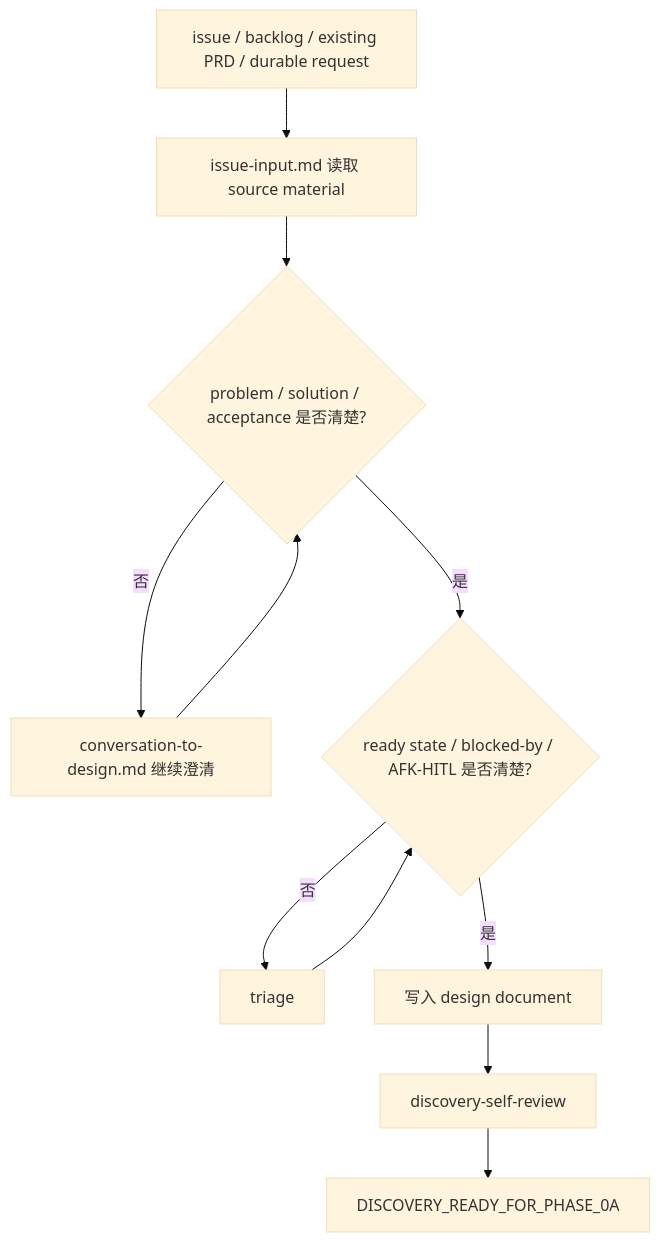
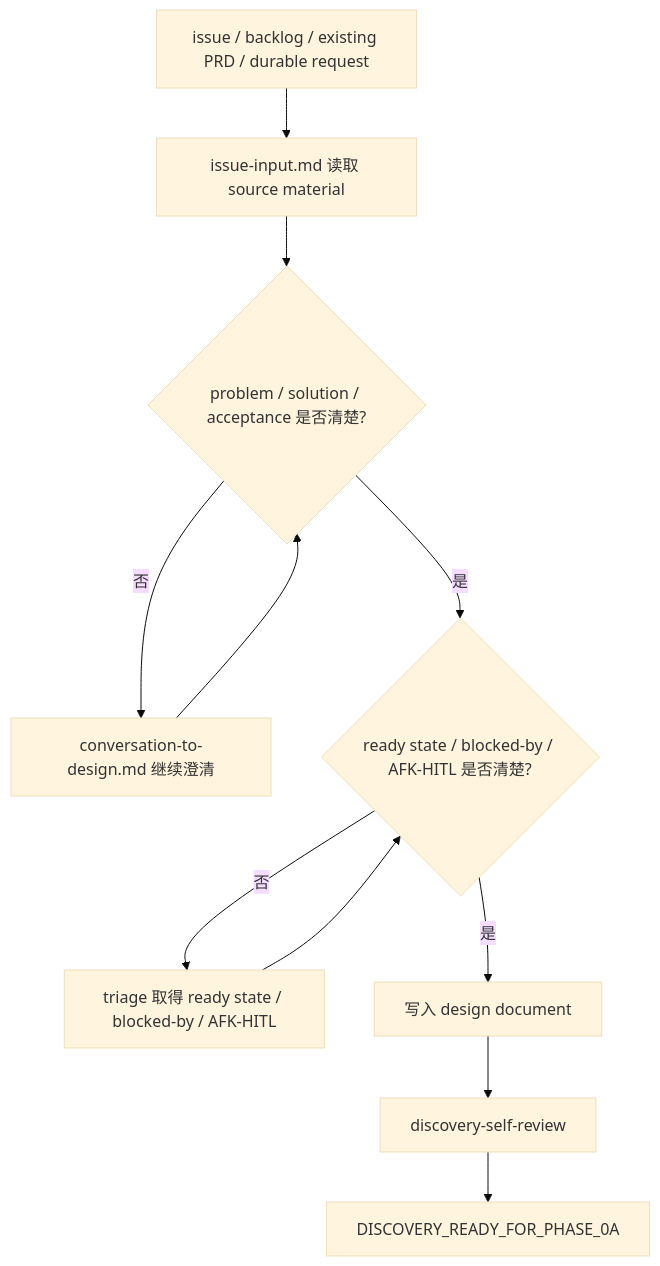
Before and after one commit to chancheuklap/multi-model-workflow: the diagram in .agents/skills/orchestrate-discovery/references/issue-input.md, drawn with Mermaid (base theme). The commit also changed 6 other files, not shown here.

````diff
--- a/.agents/skills/orchestrate-discovery/references/issue-input.md
+++ b/.agents/skills/orchestrate-discovery/references/issue-input.md
@@ -27,13 +27,13 @@
 ```mermaid
 flowchart TD
     A["issue / backlog / existing PRD / durable request"] --> B["issue-input.md 读取 source material"]
     B --> C{"problem / solution / acceptance 是否清楚?"}
     C -->|否| D["conversation-to-design.md 继续澄清"]
     D --> C
     C -->|是| E{"ready state / blocked-by / AFK-HITL 是否清楚?"}
-    E -->|否| F["triage"]
+    E -->|否| F["triage 取得 ready state / blocked-by / AFK-HITL"]
     F --> E
     E -->|是| G["写入 design document"]
     G --> H["discovery-self-review"]
     H --> I["DISCOVERY_READY_FOR_PHASE_0A"]
 ```
````
